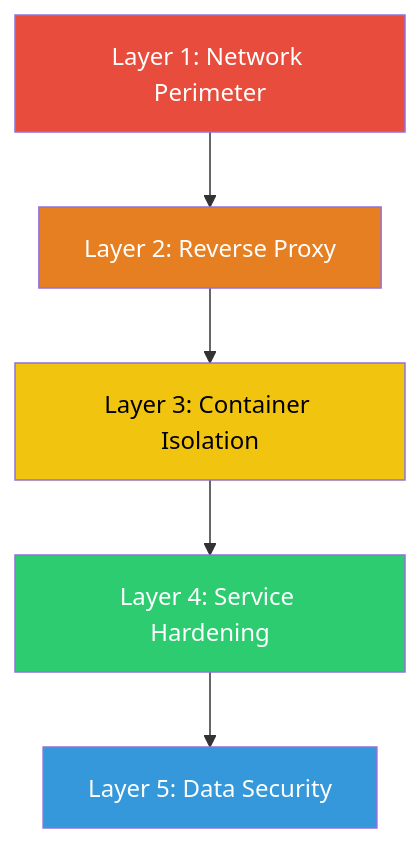
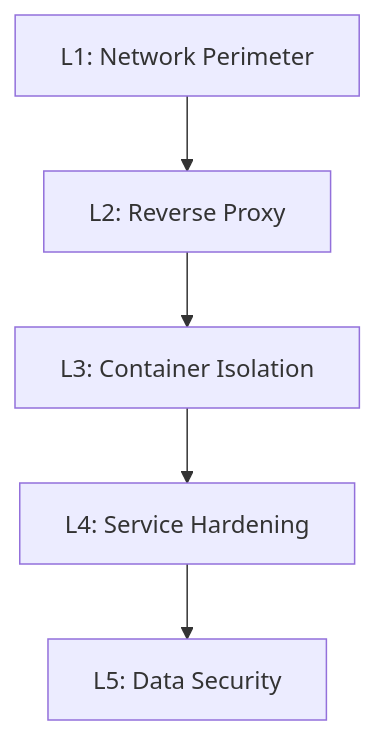
Before and after one commit to peermesh/docker-lab-docs: the first of 3 diagrams in docs/security.md, drawn with Mermaid. The commit also changed other lines of this file and 13 other files, not shown here.

First line of the commit message:
fix: improve diagram legibility and icon rendering

````diff
--- a/docs/security.md
+++ b/docs/security.md
@@ -32,19 +32,13 @@
 ```mermaid
 flowchart TB
-    L1["Layer 1: Network Perimeter"]
-    L2["Layer 2: Reverse Proxy"]
-    L3["Layer 3: Container Isolation"]
-    L4["Layer 4: Service Hardening"]
-    L5["Layer 5: Data Security"]
+    L1["L1: Network Perimeter"]
+    L2["L2: Reverse Proxy"]
+    L3["L3: Container Isolation"]
+    L4["L4: Service Hardening"]
+    L5["L5: Data Security"]
 
     L1 --> L2
     L2 --> L3
     L3 --> L4
     L4 --> L5
-
-    style L1 fill:#e74c3c,color:#fff
-    style L2 fill:#e67e22,color:#fff
-    style L3 fill:#f1c40f,color:#000
-    style L4 fill:#2ecc71,color:#fff
-    style L5 fill:#3498db,color:#fff
 ```
````
